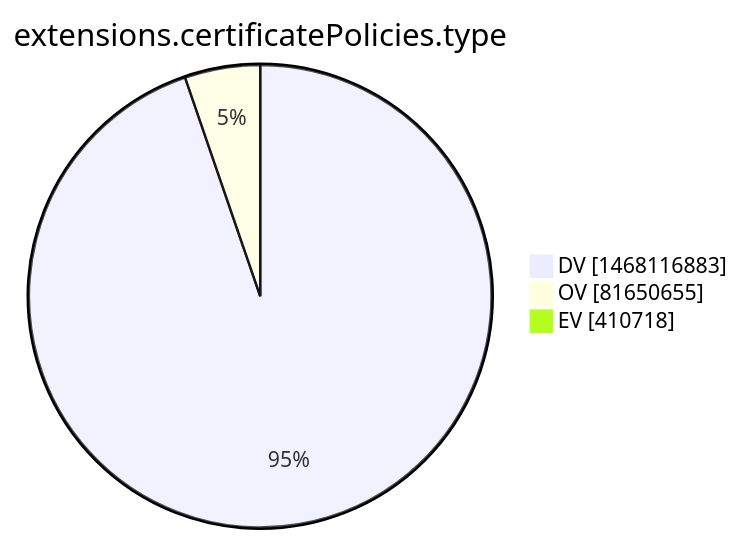
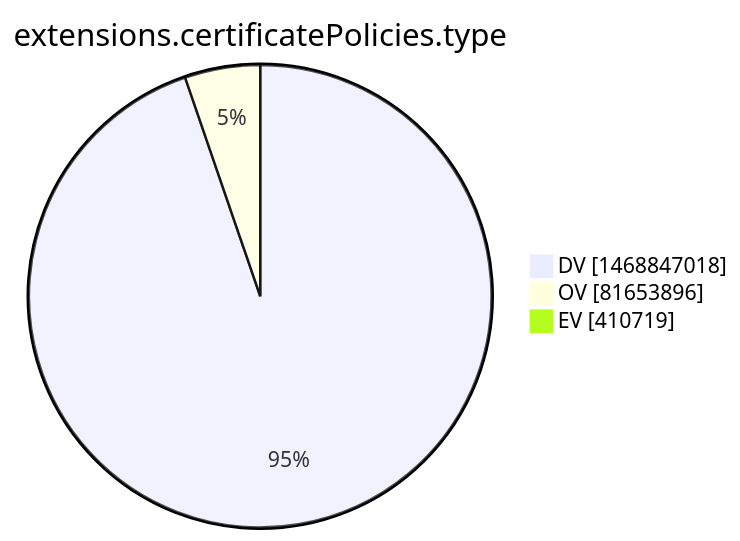
The tenth of 15 diagrams in xenon2022/README.md (christiankrug/ctmonitor_visualization), drawn with Mermaid before and after one commit. The commit also changed other lines of this file, not shown here.

````diff
--- a/xenon2022/README.md
+++ b/xenon2022/README.md
@@ -2872,7 +2872,7 @@
 ```mermaid
 pie showData
 title extensions.certificatePolicies.type
-"DV" :1468116883
-"OV" :81650655
-"EV" :410718
+"DV" :1468847018
+"OV" :81653896
+"EV" :410719
 ```
````
